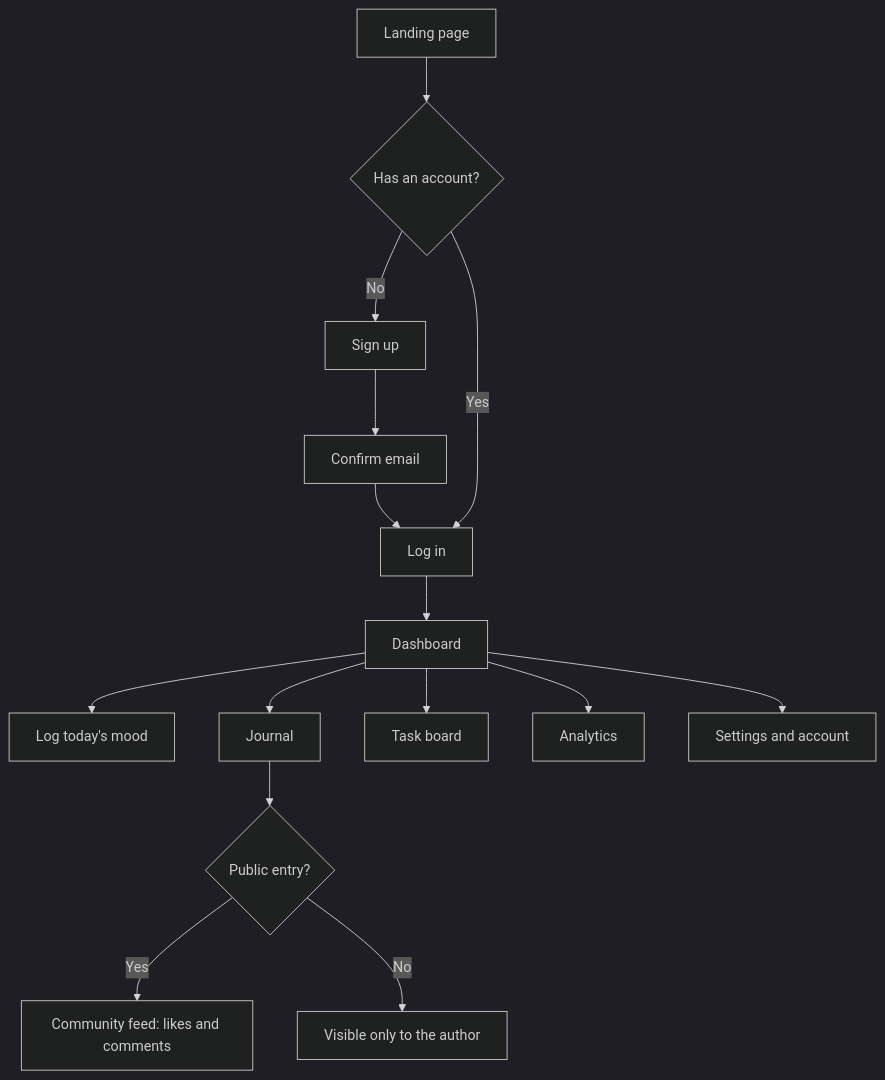
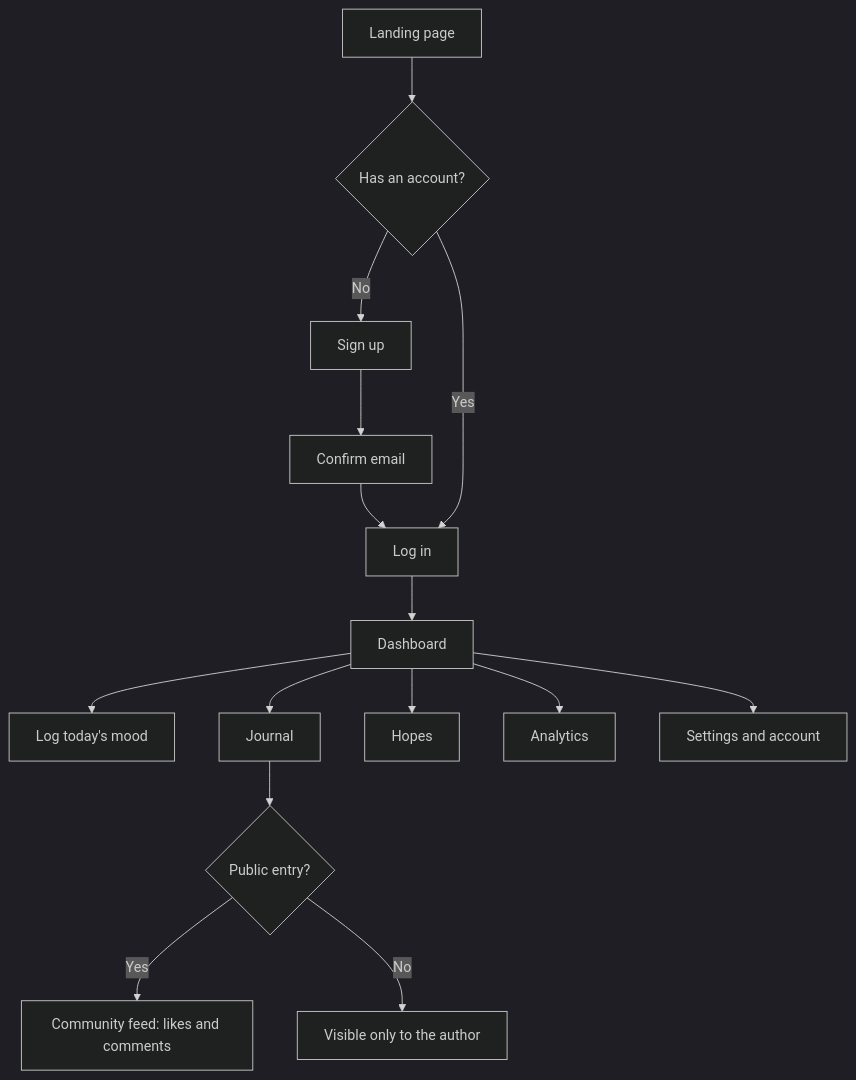
Before and after one commit to helidastar/Hiraya: the first of 3 diagrams in docs/DOCUMENTATION.md, drawn with Mermaid (dark theme). The commit also changed other lines of this file and 1 other file, not shown here.

Commit message:
docs: describe the daily check-in and hopes board

````diff
--- a/docs/DOCUMENTATION.md
+++ b/docs/DOCUMENTATION.md
@@ -90,17 +90,17 @@
 ```mermaid
 flowchart TD
     A[Landing page] --> B{Has an account?}
     B -- No --> C[Sign up]
     C --> D[Confirm email]
     D --> E[Log in]
     B -- Yes --> E
     E --> F[Dashboard]
     F --> G[Log today's mood]
     F --> H[Journal]
     H --> I{Public entry?}
     I -- Yes --> J[Community feed: likes and comments]
     I -- No --> K[Visible only to the author]
-    F --> L[Task board]
+    F --> L[Hopes]
     F --> M[Analytics]
     F --> N[Settings and account]
 ```
````
